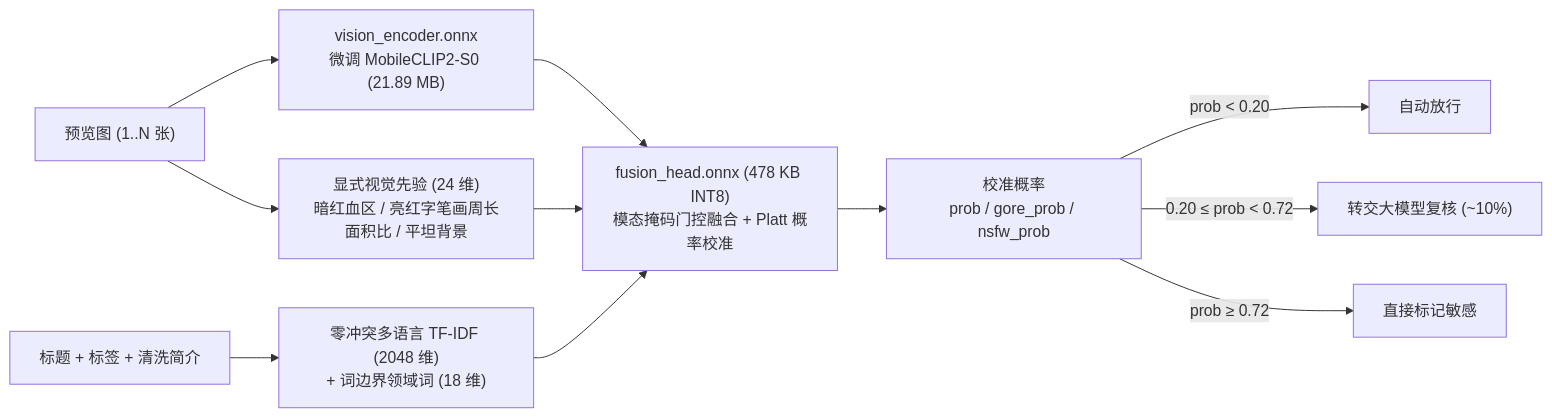
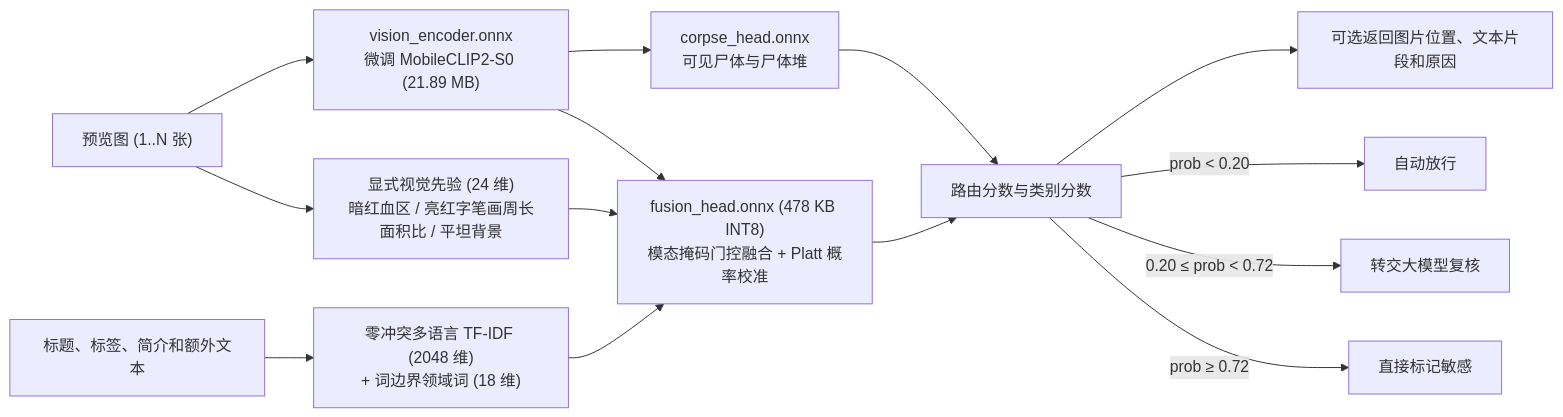
The diagram in README.md (FallenCrystal/Left4Filters), drawn with Mermaid before and after one commit. The commit also changed other lines of this file and 10 other files, not shown here.

First line of the commit message:
Add corpse detection and evidence-aware inference

````diff
--- a/README.md
+++ b/README.md
@@ -47,15 +46,18 @@
 ```mermaid
 flowchart LR
     IMG["预览图 (1..N 张)"] --> VIS["vision_encoder.onnx<br/>微调 MobileCLIP2-S0 (21.89 MB)"]
     IMG --> PRI["显式视觉先验 (24 维)<br/>暗红血区 / 亮红字笔画周长面积比 / 平坦背景"]
-    TXT["标题 + 标签 + 清洗简介"] --> TFIDF["零冲突多语言 TF-IDF (2048 维)<br/>+ 词边界领域词 (18 维)"]
+    TXT["标题、标签、简介和额外文本"] --> TFIDF["零冲突多语言 TF-IDF (2048 维)<br/>+ 词边界领域词 (18 维)"]
 
     VIS --> HEAD["fusion_head.onnx (478 KB INT8)<br/>模态掩码门控融合 + Platt 概率校准"]
     PRI --> HEAD
     TFIDF --> HEAD
 
-    HEAD --> OUT["校准概率<br/>prob / gore_prob / nsfw_prob"]
+    VIS --> CORPSE["corpse_head.onnx<br/>可见尸体与尸体堆"]
+    CORPSE --> OUT["路由分数与类别分数"]
+    HEAD --> OUT
+    OUT --> EVIDENCE["可选返回图片位置、文本片段和原因"]
     OUT -->|"prob < 0.20"| SAFE["自动放行"]
-    OUT -->|"0.20 ≤ prob < 0.72"| LLM["转交大模型复核 (~10%)"]
+    OUT -->|"0.20 ≤ prob < 0.72"| LLM["转交大模型复核"]
     OUT -->|"prob ≥ 0.72"| FLAG["直接标记敏感"]
 ```
````
